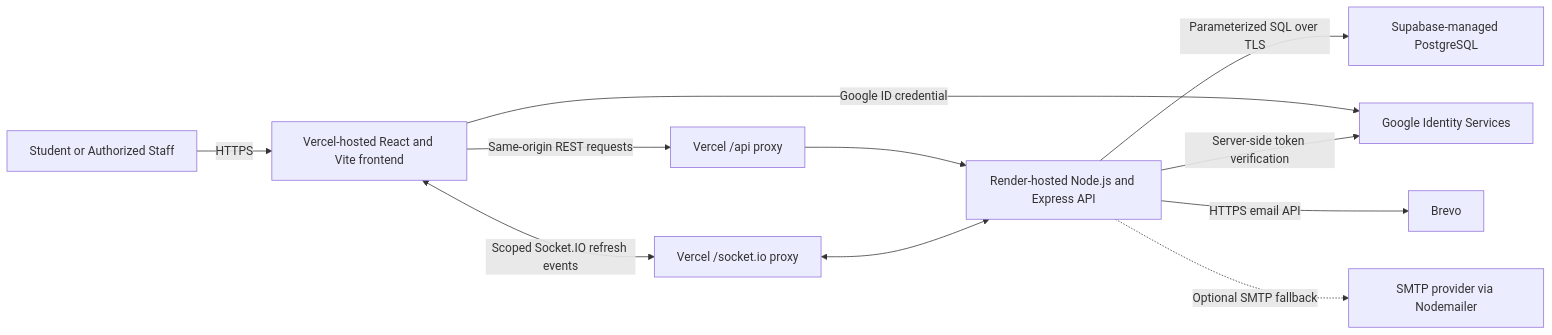
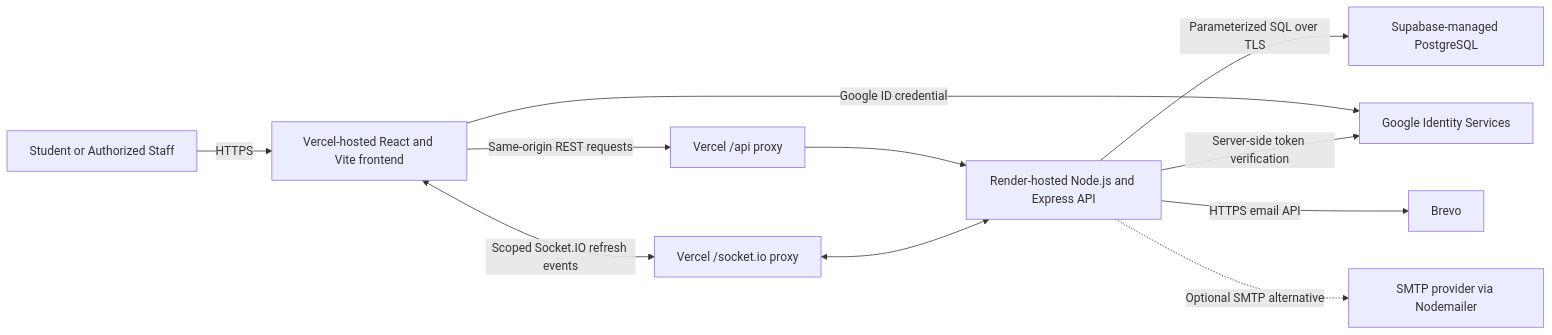
Before and after one commit to Eyzen08/STI-Vio-Log: the diagram in EJ pogi ideas para sa Papers haha.md, drawn with Mermaid. The commit also changed other lines of this file and 28 other files, not shown here.

````diff
--- a/EJ pogi ideas para sa Papers haha.md
+++ b/EJ pogi ideas para sa Papers haha.md
@@ -140,13 +210,13 @@
 ```mermaid
 flowchart LR
     U[Student or Authorized Staff] -->|HTTPS| F[Vercel-hosted React and Vite frontend]
     F -->|Same-origin REST requests| P[Vercel /api proxy]
     F <-->|Scoped Socket.IO refresh events| W[Vercel /socket.io proxy]
     P --> A[Render-hosted Node.js and Express API]
     W <--> A
     A -->|Parameterized SQL over TLS| D[Supabase-managed PostgreSQL]
     F -->|Google ID credential| G[Google Identity Services]
     A -->|Server-side token verification| G
     A -->|HTTPS email API| B[Brevo]
-    A -.->|Optional SMTP fallback| M[SMTP provider via Nodemailer]
+    A -.->|Optional SMTP alternative| M[SMTP provider via Nodemailer]
 ```
````
